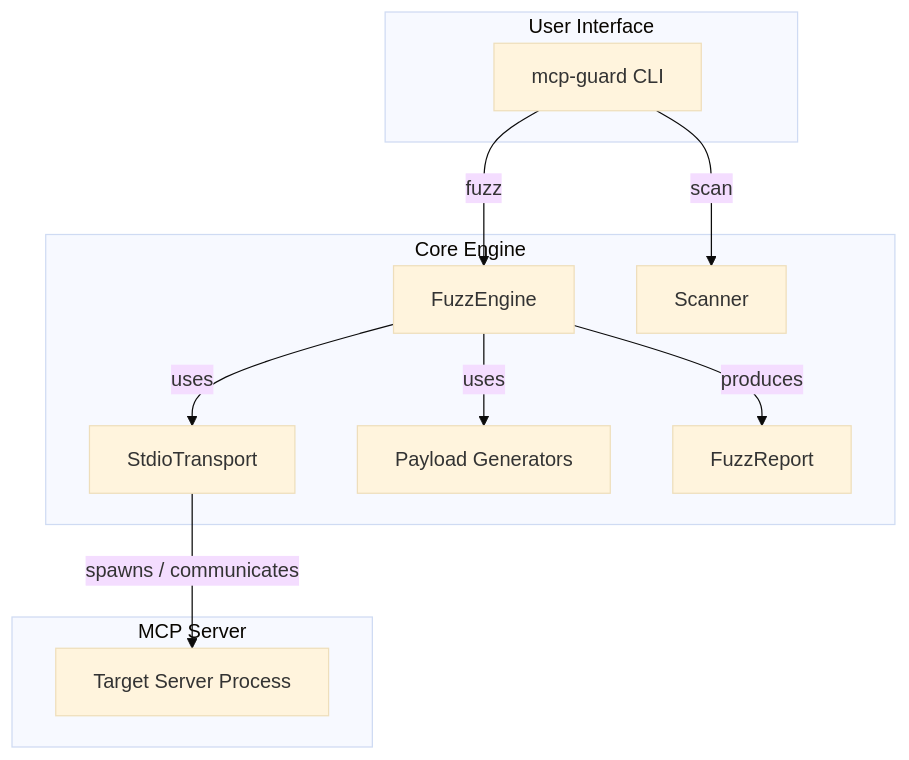
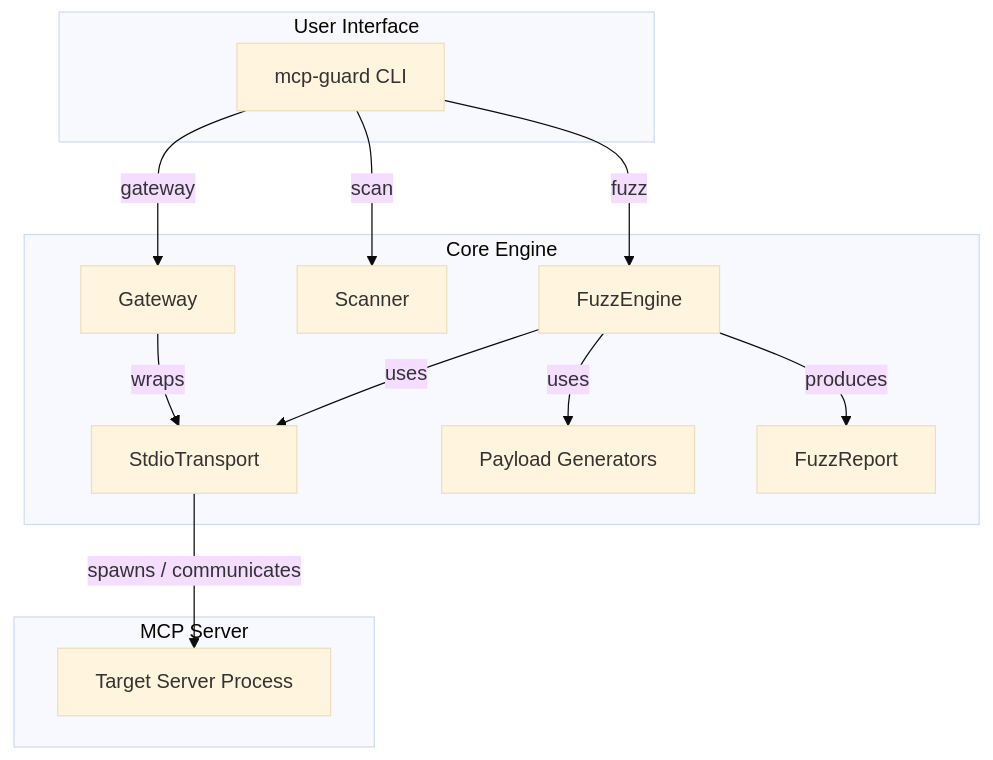
Before and after one commit to Zion-sewers/rat: the first of 6 diagrams in docs/ARCHITECTURE.md, drawn with Mermaid (base theme). The commit also changed other lines of this file and 7 other files, not shown here.

````diff
--- a/docs/ARCHITECTURE.md
+++ b/docs/ARCHITECTURE.md
@@ -7,25 +7,28 @@
 ```mermaid
 graph TB
     subgraph "User Interface"
         CLI[mcp-guard CLI]
     end
 
     subgraph "Core Engine"
         FUZZ[FuzzEngine]
         SCAN[Scanner]
+        GATE[Gateway]
         TRANS[StdioTransport]
         PAY[Payload Generators]
         RPT[FuzzReport]
     end
 
     subgraph "MCP Server"
         SRV[Target Server Process]
     end
 
     CLI -->|fuzz| FUZZ
     CLI -->|scan| SCAN
+    CLI -->|gateway| GATE
     FUZZ -->|uses| TRANS
     FUZZ -->|uses| PAY
     FUZZ -->|produces| RPT
+    GATE -->|wraps| TRANS
     TRANS -->|spawns / communicates| SRV
 ```
````
